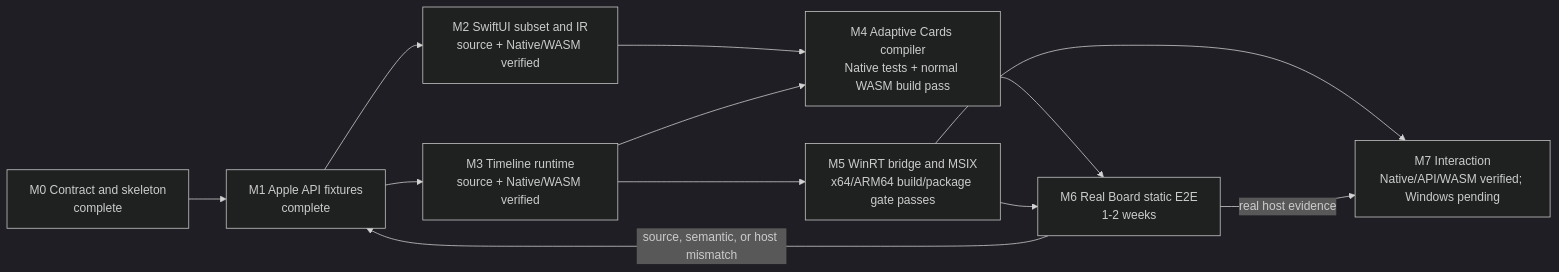
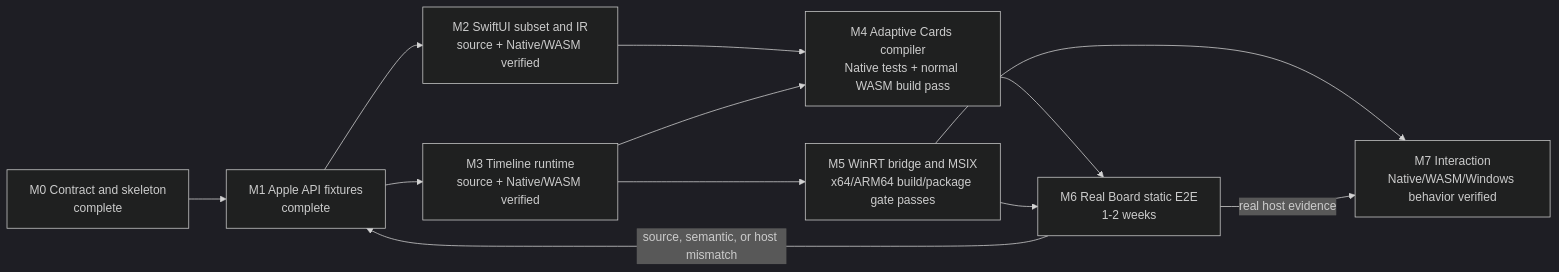
One commit to 1amageek/OpenWidgetKit changed the diagram in IMPLEMENTATION_PROGRESS.md. Above: the diagram before and after it, drawn with Mermaid (dark theme). The commit also changed other lines of this file and 5 other files, not shown here.

Commit message:
Record Windows behavior verification

````diff
--- a/IMPLEMENTATION_PROGRESS.md
+++ b/IMPLEMENTATION_PROGRESS.md
@@ -89,23 +87,23 @@
 ```mermaid
 flowchart LR
     M0["M0 Contract and skeleton<br/>complete"]
     M1["M1 Apple API fixtures<br/>complete"]
     M2["M2 SwiftUI subset and IR<br/>source + Native/WASM verified"]
     M3["M3 Timeline runtime<br/>source + Native/WASM verified"]
     M4["M4 Adaptive Cards compiler<br/>Native tests + normal WASM build pass"]
     M5["M5 WinRT bridge and MSIX<br/>x64/ARM64 build/package gate passes"]
     M6["M6 Real Board static E2E<br/>1-2 weeks"]
-    M7["M7 Interaction<br/>Native/API/WASM verified; Windows pending"]
+    M7["M7 Interaction<br/>Native/WASM/Windows behavior verified"]
 
     M0 --> M1
     M1 --> M2
     M1 --> M3
     M2 --> M4
     M3 --> M4
     M3 --> M5
     M4 --> M6
     M5 --> M6
     M6 -->|source, semantic, or host mismatch| M1
     M5 --> M7
     M6 -->|real host evidence| M7
 ```
````
